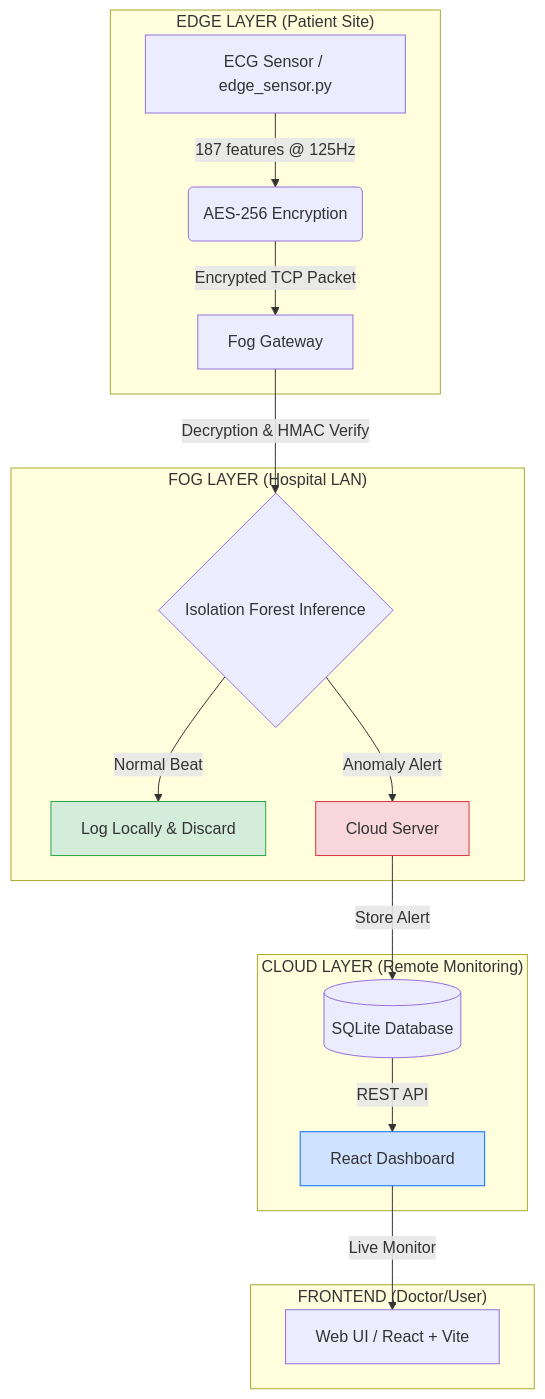
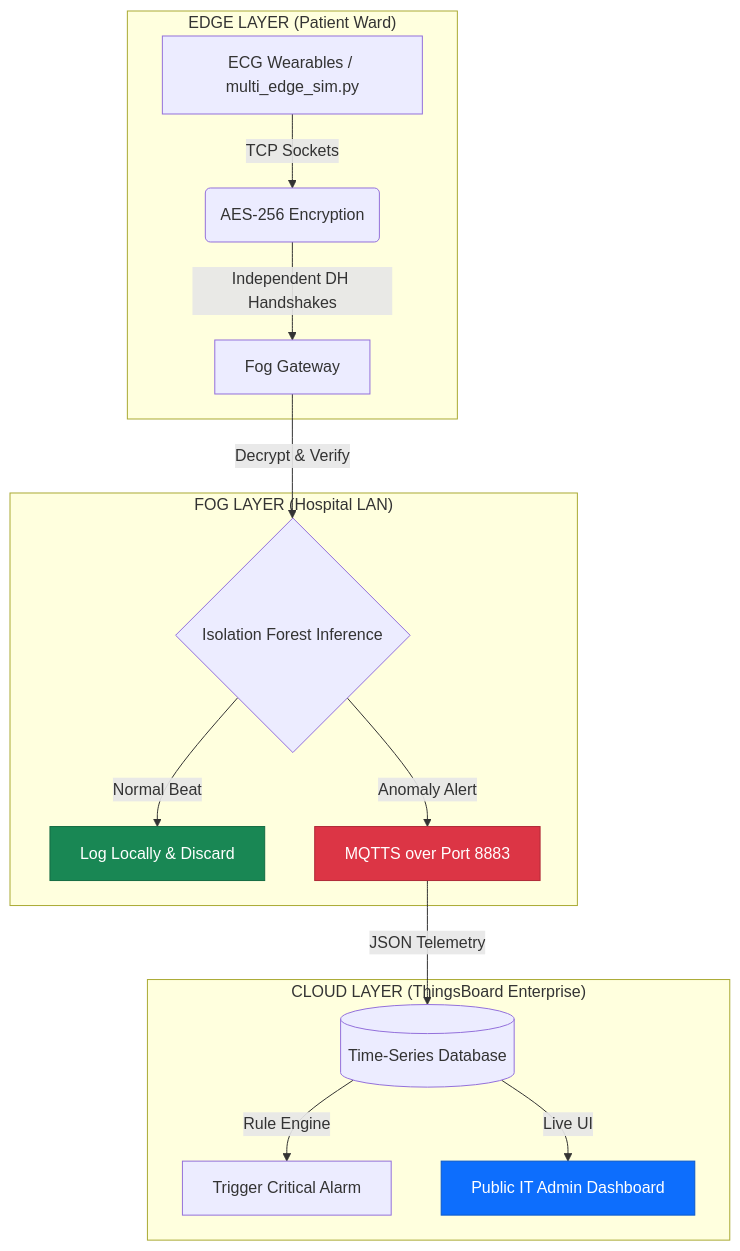
Before and after one commit to namansingh302004/fog_project_secureHealth: the diagram in README.md, drawn with Mermaid. The commit also changed other lines of this file and 41 other files, not shown here.

Commit message:
Removed frontend files as no longer necessary. Added code for integration with thingsboard. Added multiprocessing capability to simulate edge devices at large scale

````diff
--- a/README.md
+++ b/README.md
@@ -24,26 +37,24 @@
 ```mermaid
 graph TD
-    subgraph "EDGE LAYER (Patient Site)"
-        A[ECG Sensor / edge_sensor.py] -->|187 features @ 125Hz| B(AES-256 Encryption)
-        B -->|Encrypted TCP Packet| C[Fog Gateway]
+    subgraph "EDGE LAYER (Patient Ward)"
+        A[ECG Wearables / multi_edge_sim.py] -->|TCP Sockets| B(AES-256 Encryption)
+        B -->|Independent DH Handshakes| C[Fog Gateway]
     end
 
     subgraph "FOG LAYER (Hospital LAN)"
-        C -->|Decryption & HMAC Verify| D{Isolation Forest Inference}
+        C -->|Decrypt & Verify| D{Isolation Forest Inference}
         D -->|Normal Beat| E[Log Locally & Discard]
-        D -->|Anomaly Alert| F[Cloud Server]
+        D -->|Anomaly Alert| F[MQTTS over Port 8883]
     end
 
-    subgraph "CLOUD LAYER (Remote Monitoring)"
-        F -->|Store Alert| G[(SQLite Database)]
-        G -->|REST API| H[React Dashboard]
+    subgraph "CLOUD LAYER (ThingsBoard Enterprise)"
+        F -->|JSON Telemetry| G[(Time-Series Database)]
+        G -->|Rule Engine| H[Trigger Critical Alarm]
+        G -->|Live UI| I[Public IT Admin Dashboard]
     end
 
-    subgraph "FRONTEND (Doctor/User)"
-        H -->|Live Monitor| I[Web UI / React + Vite]
-    end
+   style E fill:#198754,stroke:#146c43,color:#ffffff
+    style F fill:#dc3545,stroke:#b02a37,color:#ffffff
+    style I fill:#0d6efd,stroke:#0a58ca,color:#ffffff
 
-    style E fill:#d4edda,stroke:#28a745
-    style F fill:#f8d7da,stroke:#dc3545
-    style H fill:#cfe2ff,stroke:#0d6efd
 ```
````
